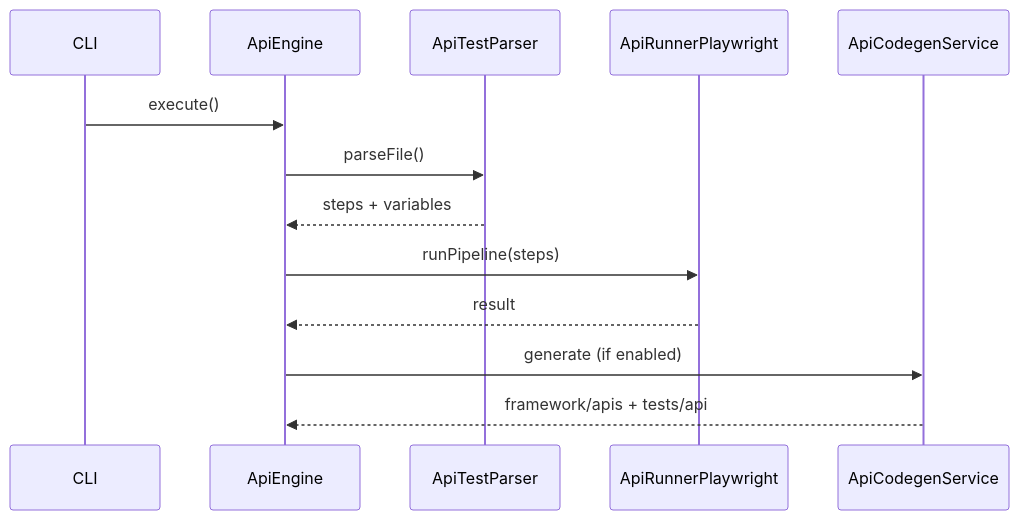
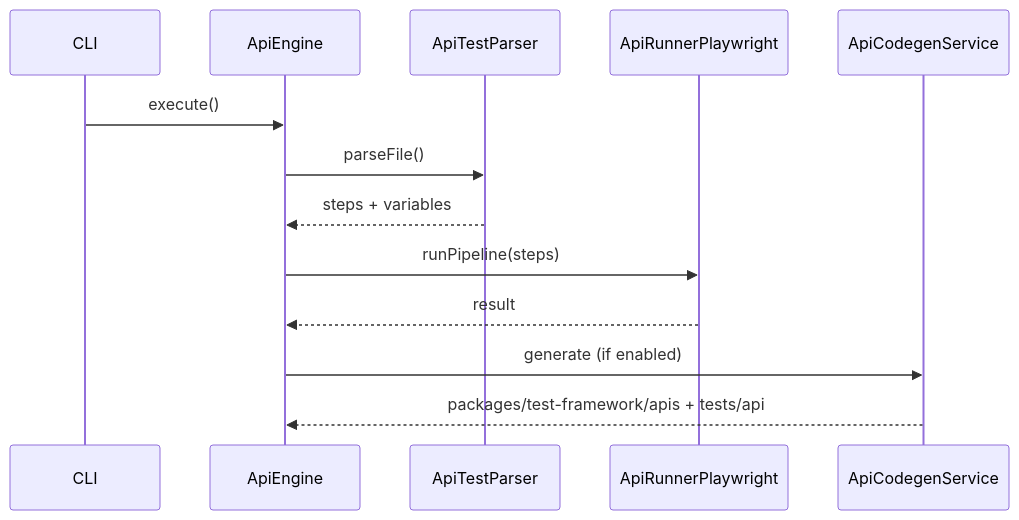
The third of 3 diagrams in docs/FRAMEWORK_GUIDE.md (javed0211/WebPilot), drawn with Mermaid before and after one commit. The commit also changed other lines of this file and 812 other files, not shown here.

````diff
--- a/docs/FRAMEWORK_GUIDE.md
+++ b/docs/FRAMEWORK_GUIDE.md
@@ -624,16 +630,16 @@
 ```mermaid
 sequenceDiagram
   participant CLI
   participant ApiEngine
   participant Parser as ApiTestParser
   participant Runner as ApiRunnerPlaywright
   participant Codegen as ApiCodegenService
 
   CLI->>ApiEngine: execute()
   ApiEngine->>Parser: parseFile()
   Parser-->>ApiEngine: steps + variables
   ApiEngine->>Runner: runPipeline(steps)
   Runner-->>ApiEngine: result
   ApiEngine->>Codegen: generate (if enabled)
-  Codegen-->>ApiEngine: framework/apis + tests/api
+  Codegen-->>ApiEngine: packages/test-framework/apis + tests/api
 ```
````
